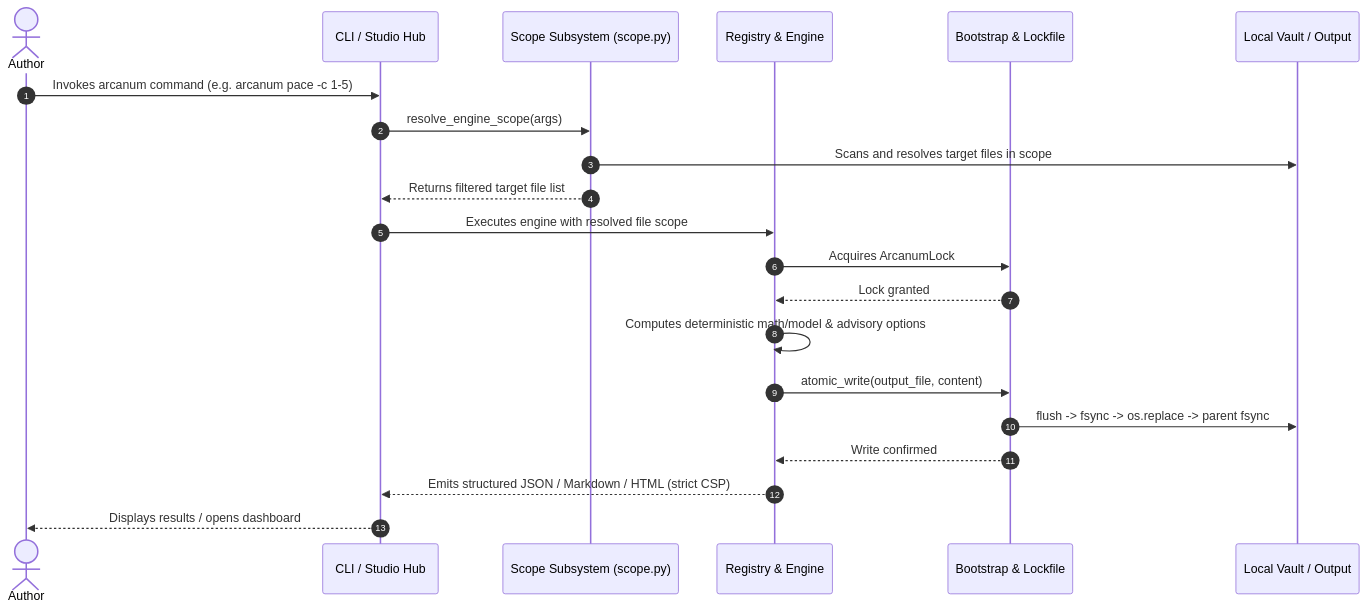
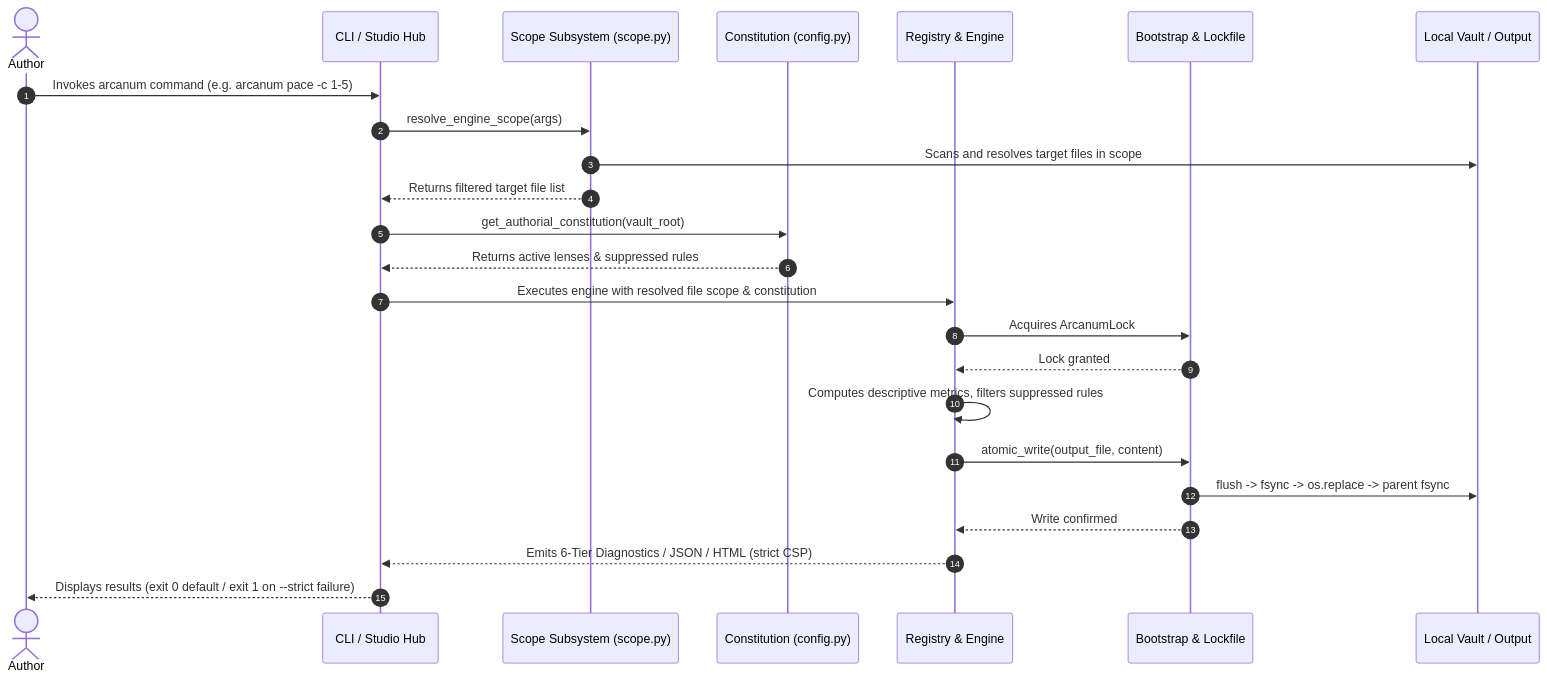
Before and after one commit to aryansinghnagar/Ars-Arcanum: the fifth of 5 diagrams in docs/ARCHITECTURE.md, drawn with Mermaid. The commit also changed other lines of this file and 33 other files, not shown here.

First line of the commit message:
feat(autonomy): enshrine sovereign authorial constitution, 6-tier diagnostic taxonomy, and overhaul documentation

````diff
--- a/docs/ARCHITECTURE.md
+++ b/docs/ARCHITECTURE.md
@@ -249,24 +229,27 @@
 ```mermaid
 sequenceDiagram
     autonumber
     actor Author
     participant CLI as CLI / Studio Hub
     participant Scope as Scope Subsystem (scope.py)
+    participant Const as Constitution (config.py)
     participant Reg as Registry & Engine
     participant Safety as Bootstrap & Lockfile
     participant Disk as Local Vault / Output
 
     Author->>CLI: Invokes arcanum command (e.g. arcanum pace -c 1-5)
     CLI->>Scope: resolve_engine_scope(args)
     Scope->>Disk: Scans and resolves target files in scope
     Scope-->>CLI: Returns filtered target file list
-    CLI->>Reg: Executes engine with resolved file scope
+    CLI->>Const: get_authorial_constitution(vault_root)
+    Const-->>CLI: Returns active lenses & suppressed rules
+    CLI->>Reg: Executes engine with resolved file scope & constitution
     Reg->>Safety: Acquires ArcanumLock
     Safety-->>Reg: Lock granted
-    Reg->>Reg: Computes deterministic math/model & advisory options
+    Reg->>Reg: Computes descriptive metrics, filters suppressed rules
     Reg->>Safety: atomic_write(output_file, content)
     Safety->>Disk: flush -> fsync -> os.replace -> parent fsync
     Safety-->>Reg: Write confirmed
-    Reg-->>CLI: Emits structured JSON / Markdown / HTML (strict CSP)
-    CLI-->>Author: Displays results / opens dashboard
+    Reg-->>CLI: Emits 6-Tier Diagnostics / JSON / HTML (strict CSP)
+    CLI-->>Author: Displays results (exit 0 default / exit 1 on --strict failure)
 ```
````
